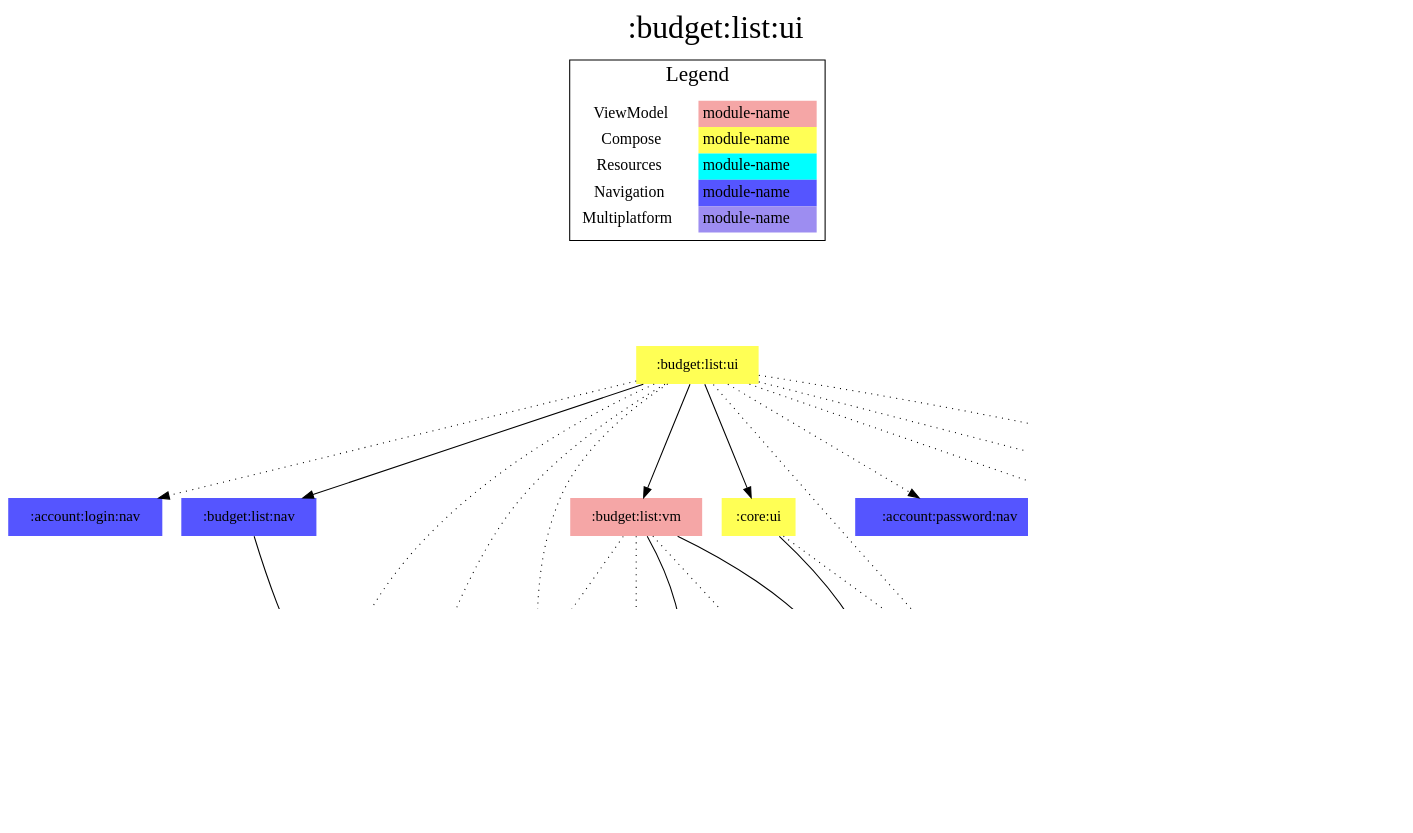
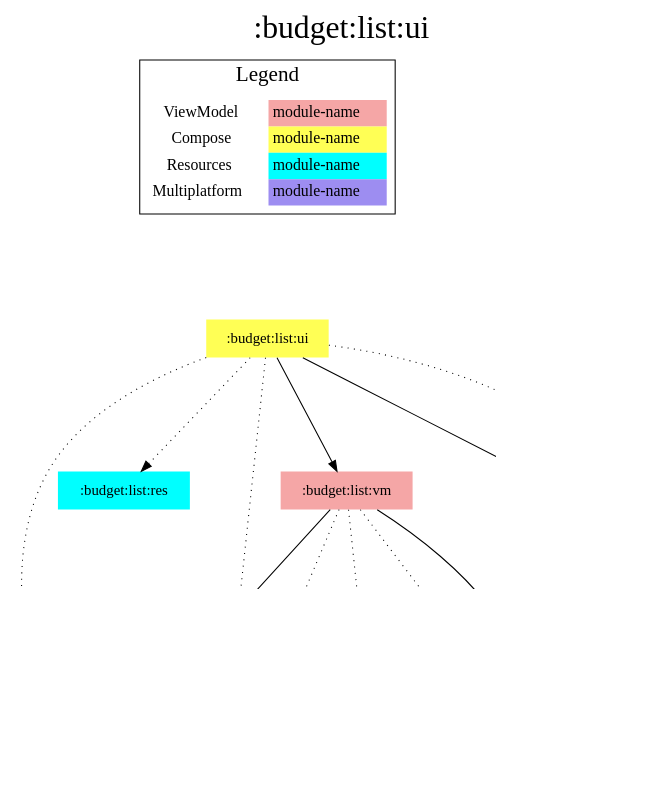
One commit to jonapoul/aktual changed the diagram in modules/budget/list/ui/modules.dot. Above: the diagram before and after it, drawn with Graphviz. The commit also changed 66 other files, not shown here.

```diff
--- a/modules/budget/list/ui/modules.dot
+++ b/modules/budget/list/ui/modules.dot
@@ -1,67 +1,51 @@
 digraph {
 edge ["dir"="forward"]
 graph ["dpi"="100","label"=":budget:list:ui","labelloc"="t","fontsize"="30","ranksep"="1.5","rankdir"="TB"]
 node ["style"="filled"]
-":account:login:nav" ["fillcolor"="#5555FF","shape"="none"]
 ":account:model" ["fillcolor"="#9D8DF1","shape"="none"]
-":account:password:nav" ["fillcolor"="#5555FF","shape"="none"]
 ":api:actual" ["fillcolor"="#9D8DF1","shape"="none"]
-":budget:list:nav" ["fillcolor"="#5555FF","shape"="none"]
 ":budget:list:res" ["fillcolor"="#00FFFF","shape"="none"]
 ":budget:list:ui" ["fillcolor"="#FFFF55","shape"="none"]
 ":budget:list:vm" ["fillcolor"="#F5A6A6","shape"="none"]
 ":budget:model" ["fillcolor"="#9D8DF1","shape"="none"]
-":budget:sync:nav" ["fillcolor"="#5555FF","shape"="none"]
 ":codegen:annotation" ["fillcolor"="#9D8DF1","shape"="none"]
 ":core:model" ["fillcolor"="#9D8DF1","shape"="none"]
 ":core:res" ["fillcolor"="#00FFFF","shape"="none"]
 ":core:ui" ["fillcolor"="#FFFF55","shape"="none"]
 ":prefs" ["fillcolor"="#9D8DF1","shape"="none"]
-":settings:nav" ["fillcolor"="#5555FF","shape"="none"]
-":url:nav" ["fillcolor"="#5555FF","shape"="none"]
 {
 edge ["dir"="none"]
 graph ["rank"="same"]
 }
 ":api:actual" -> ":account:model"
 ":api:actual" -> ":budget:model"
 ":api:actual" -> ":codegen:annotation" ["style"="dotted"]
 ":api:actual" -> ":core:model"
-":budget:list:nav" -> ":account:model"
-":budget:list:ui" -> ":account:login:nav" ["style"="dotted"]
 ":budget:list:ui" -> ":account:model" ["style"="dotted"]
-":budget:list:ui" -> ":account:password:nav" ["style"="dotted"]
-":budget:list:ui" -> ":budget:list:nav"
 ":budget:list:ui" -> ":budget:list:res" ["style"="dotted"]
 ":budget:list:ui" -> ":budget:list:vm"
 ":budget:list:ui" -> ":budget:model" ["style"="dotted"]
-":budget:list:ui" -> ":budget:sync:nav" ["style"="dotted"]
 ":budget:list:ui" -> ":core:res" ["style"="dotted"]
 ":budget:list:ui" -> ":core:ui"
-":budget:list:ui" -> ":settings:nav" ["style"="dotted"]
-":budget:list:ui" -> ":url:nav" ["style"="dotted"]
 ":budget:list:vm" -> ":account:model" ["style"="dotted"]
 ":budget:list:vm" -> ":api:actual" ["style"="dotted"]
 ":budget:list:vm" -> ":budget:model"
 ":budget:list:vm" -> ":core:model"
 ":budget:list:vm" -> ":prefs" ["style"="dotted"]
-":budget:sync:nav" -> ":account:model"
-":budget:sync:nav" -> ":budget:model"
 ":core:ui" -> ":core:model"
 ":core:ui" -> ":core:res" ["style"="dotted"]
 ":prefs" -> ":account:model"
 ":prefs" -> ":core:model"
 subgraph "cluster_legend" {
 edge ["dir"="none"]
 graph ["label"="Legend","fontsize"="20"]
 "Legend" ["style"="filled","fillcolor"="#FFFFFF","shape"="none","margin"="0","fontsize"="15","label"=<
 <TABLE BORDER="0" CELLBORDER="0" CELLSPACING="0" CELLPADDING="4">
 <TR><TD>ViewModel</TD><TD BGCOLOR="#F5A6A6">module-name</TD></TR>
 <TR><TD>Compose</TD><TD BGCOLOR="#FFFF55">module-name</TD></TR>
 <TR><TD>Resources</TD><TD BGCOLOR="#00FFFF">module-name</TD></TR>
-<TR><TD>Navigation</TD><TD BGCOLOR="#5555FF">module-name</TD></TR>
 <TR><TD>Multiplatform</TD><TD BGCOLOR="#9D8DF1">module-name</TD></TR>
 </TABLE>
 >]
 } -> ":budget:list:ui" ["style"="invis"]
 }
```
